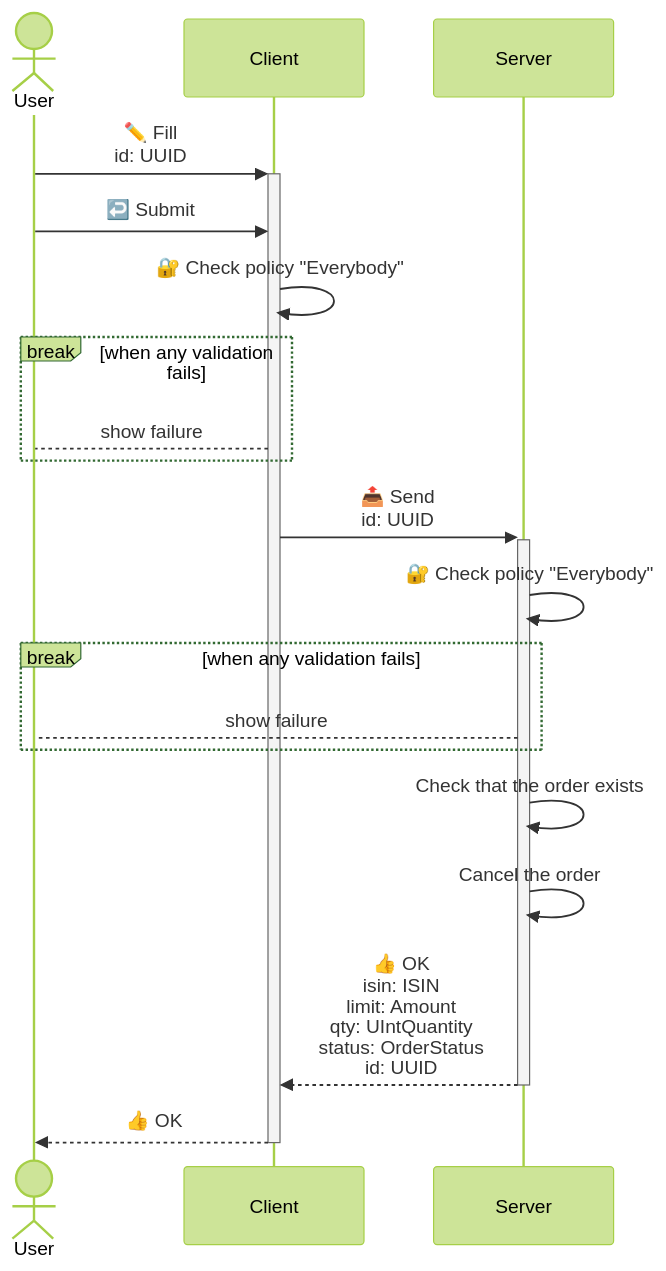
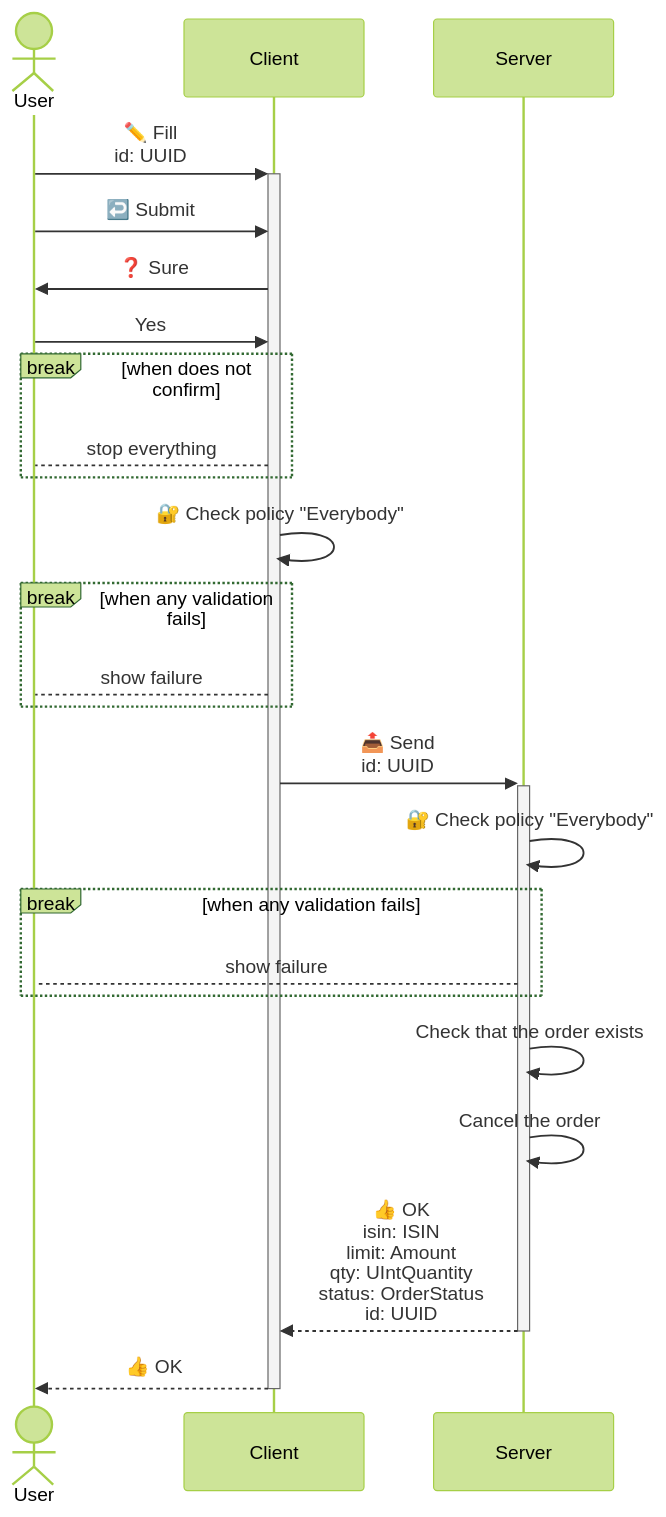
One commit to c100k/libmodulor changed the second of 3 diagrams in examples/supertrader/src/apps/Trading/README.md. Above: the diagram before and after it, drawn with Mermaid (forest theme). The commit also changed other lines of this file and 1 other file, not shown here.

````diff
--- a/examples/supertrader/src/apps/Trading/README.md
+++ b/examples/supertrader/src/apps/Trading/README.md
@@ -36,19 +36,24 @@
 ```mermaid
 sequenceDiagram
     actor User
     User->>+Client: ✏️ Fill<br/>id: UUID
     User->>Client: ↩️ Submit
+    Client->>User: ❓ Sure
+    User->>Client: Yes
+    break when does not confirm
+        Client-->User: stop everything
+    end
     Client->>Client: 🔐 Check policy "Everybody"
     break when any validation fails
         Client-->User: show failure
     end
     Client->>+Server: 📤 Send<br/>id: UUID
     Server->>Server: 🔐 Check policy "Everybody"
     break when any validation fails
         Server-->User: show failure
     end
     Server->>Server: Check that the order exists
     Server->>Server: Cancel the order
     Server-->>-Client: 👍 OK<br/>isin: ISIN<br/>limit: Amount<br/>qty: UIntQuantity<br/>status: OrderStatus<br/>id: UUID
     Client-->>-User: 👍 OK
 ```
````
